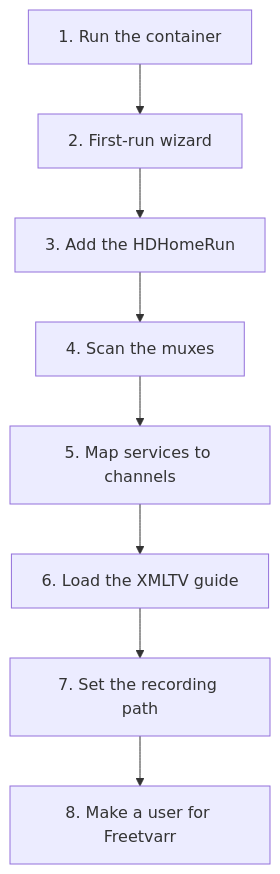
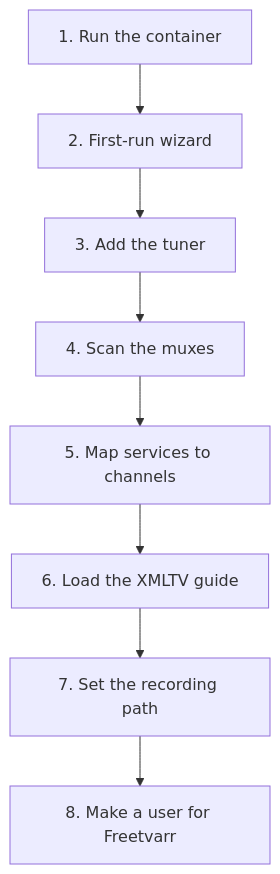
The diagram in docs/guide/tvheadend.md (furey/freetvarr), drawn with Mermaid before and after one commit. The commit also changed other lines of this file and 8 other files, not shown here.

Commit message:
Marked the author's Australian HDHomeRun setup as the worked example across every docs page and generalised the tuner and region steps.

````diff
--- a/docs/guide/tvheadend.md
+++ b/docs/guide/tvheadend.md
@@ -14,10 +17,10 @@
 ```mermaid
 flowchart TD
   a["1. Run the container"] --> b["2. First-run wizard"]
-  b --> c["3. Add the HDHomeRun"]
+  b --> c["3. Add the tuner"]
   c --> d["4. Scan the muxes"]
   d --> e["5. Map services to channels"]
   e --> f["6. Load the XMLTV guide"]
   f --> g["7. Set the recording path"]
   g --> h["8. Make a user for Freetvarr"]
 ```
````
